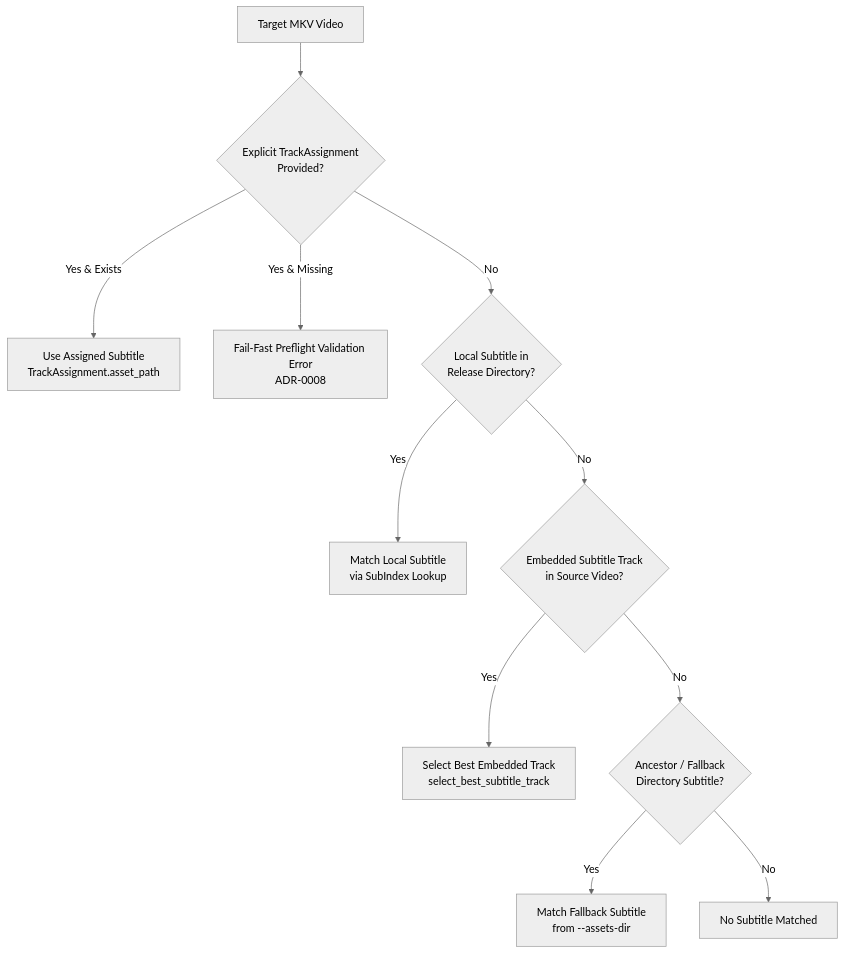
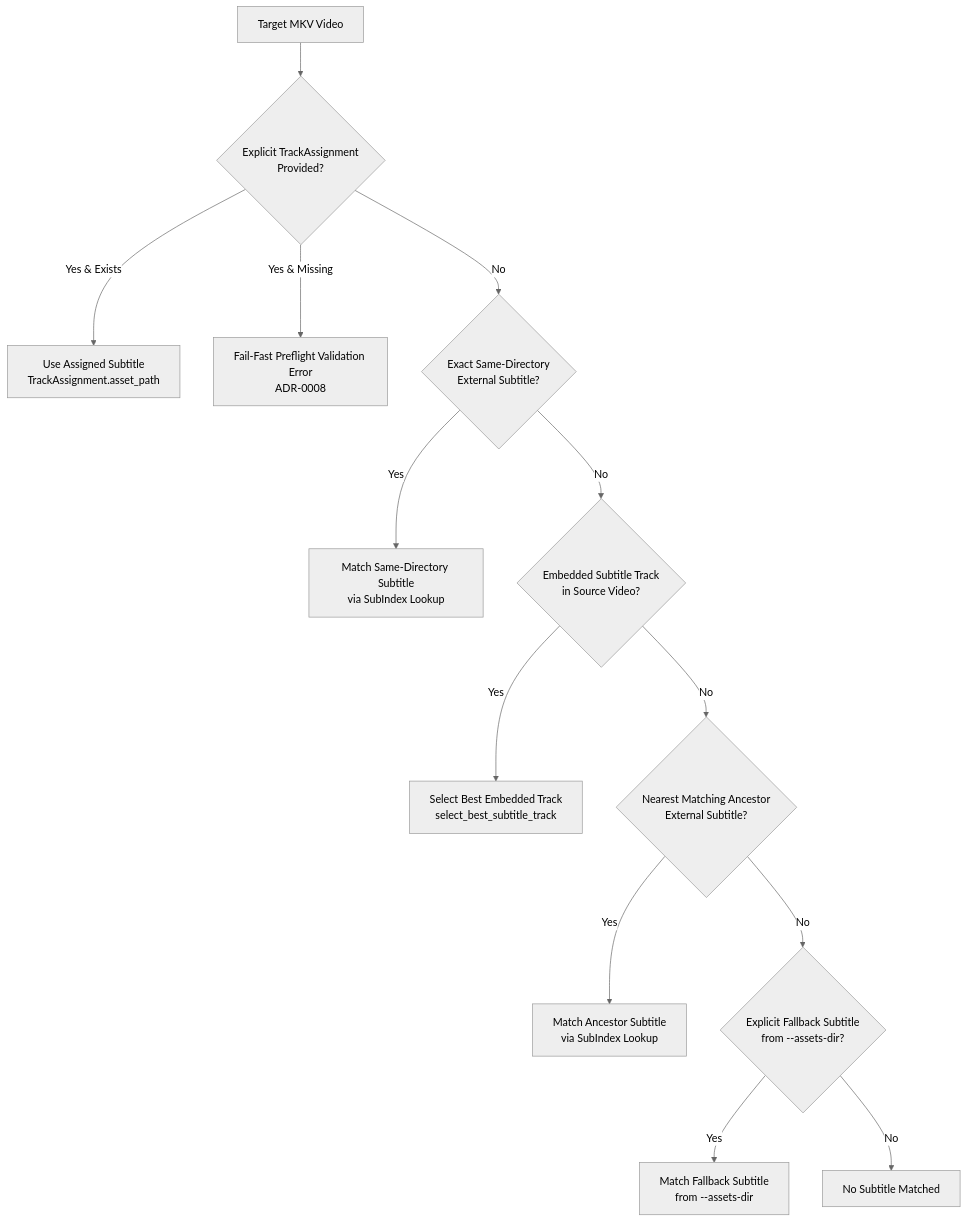
One commit to Si-Forces/mkvanimebatch changed the third of 8 diagrams in architecture.md. Above: the diagram before and after it, drawn with Mermaid (neutral theme). The commit also changed other lines of this file and 40 other files, not shown here.

````diff
--- a/architecture.md
+++ b/architecture.md
@@ -232,16 +232,18 @@
 ```mermaid
 flowchart TD
     Video[Target MKV Video] --> HumanAssign{Explicit TrackAssignment\nProvided?}
     HumanAssign -- Yes & Exists --> UseAssigned[Use Assigned Subtitle\nTrackAssignment.asset_path]
     HumanAssign -- Yes & Missing --> FailFast[Fail-Fast Preflight Validation Error\nADR-0008]
-    HumanAssign -- No --> LocalSearch{Local Subtitle in\nRelease Directory?}
-
-    LocalSearch -- Yes --> MatchLocal[Match Local Subtitle\nvia SubIndex Lookup]
+    HumanAssign -- No --> LocalSearch{Exact Same-Directory\nExternal Subtitle?}
+    LocalSearch -- Yes --> MatchLocal[Match Same-Directory Subtitle\nvia SubIndex Lookup]
     LocalSearch -- No --> EmbeddedSearch{Embedded Subtitle Track\nin Source Video?}
 
     EmbeddedSearch -- Yes --> MatchEmbedded[Select Best Embedded Track\nselect_best_subtitle_track]
-    EmbeddedSearch -- No --> AncestorSearch{Ancestor / Fallback\nDirectory Subtitle?}
+    EmbeddedSearch -- No --> AncestorSearch{Nearest Matching Ancestor\nExternal Subtitle?}
 
-    AncestorSearch -- Yes --> MatchAncestor[Match Fallback Subtitle\nfrom --assets-dir]
-    AncestorSearch -- No --> NoSub[No Subtitle Matched]
+    AncestorSearch -- Yes --> MatchAncestor[Match Ancestor Subtitle\nvia SubIndex Lookup]
+    AncestorSearch -- No --> FallbackSearch{Explicit Fallback Subtitle\nfrom --assets-dir?}
+
+    FallbackSearch -- Yes --> MatchFallback[Match Fallback Subtitle\nfrom --assets-dir]
+    FallbackSearch -- No --> NoSub[No Subtitle Matched]
 ```
````
